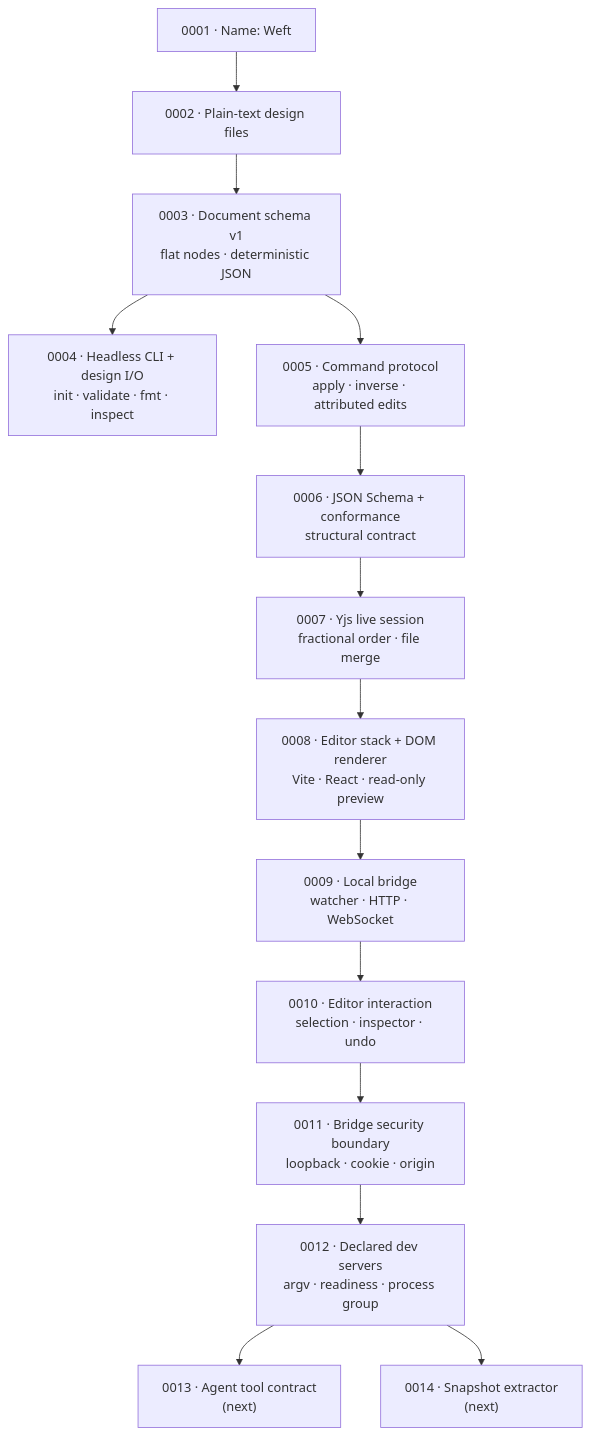
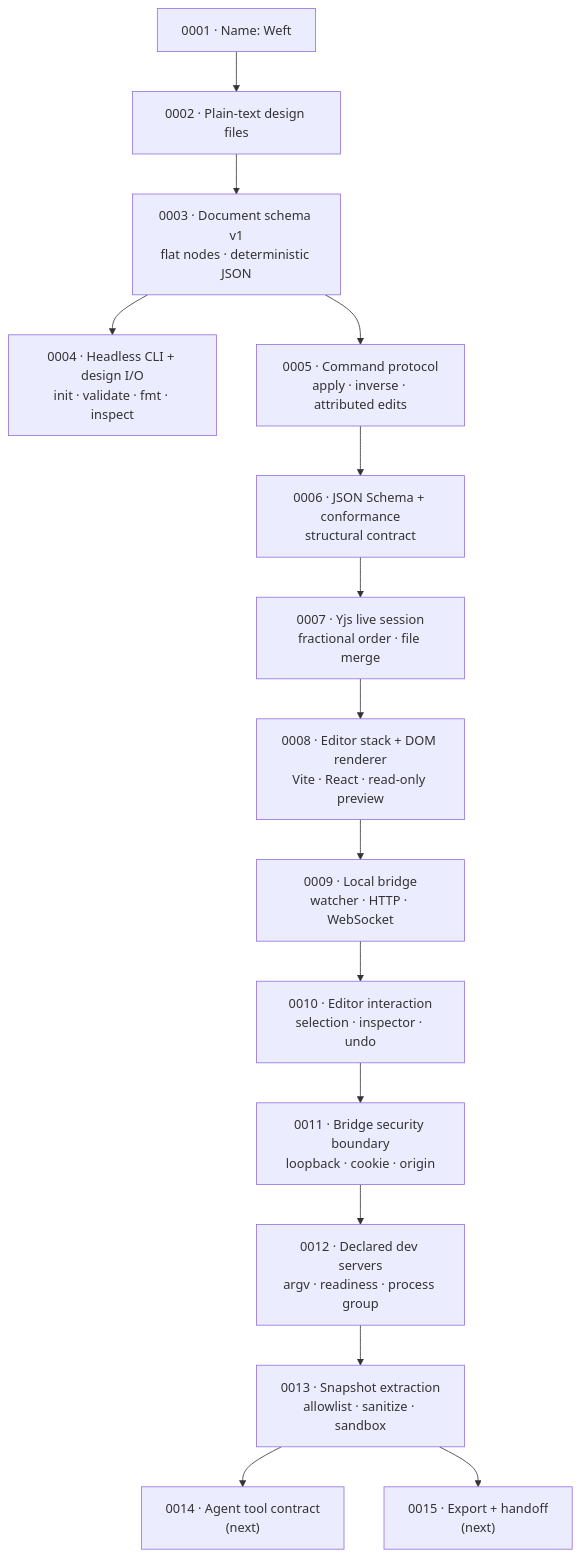
The diagram in docs/decisions/README.md (Pranesh-Selvaraj/Weft), drawn with Mermaid before and after one commit. The commit also changed other lines of this file and 47 other files, not shown here.

````diff
--- a/docs/decisions/README.md
+++ b/docs/decisions/README.md
@@ -35,16 +36,17 @@
 ```mermaid
 graph TD
     A["0001 · Name: Weft"] --> B["0002 · Plain-text design files"]
     B --> C["0003 · Document schema v1<br/>flat nodes · deterministic JSON"]
     C --> D["0004 · Headless CLI + design I/O<br/>init · validate · fmt · inspect"]
     C --> E["0005 · Command protocol<br/>apply · inverse · attributed edits"]
     E --> F["0006 · JSON Schema + conformance<br/>structural contract"]
     F --> G["0007 · Yjs live session<br/>fractional order · file merge"]
     G --> H["0008 · Editor stack + DOM renderer<br/>Vite · React · read-only preview"]
     H --> I["0009 · Local bridge<br/>watcher · HTTP · WebSocket"]
     I --> J["0010 · Editor interaction<br/>selection · inspector · undo"]
     J --> K["0011 · Bridge security boundary<br/>loopback · cookie · origin"]
     K --> L["0012 · Declared dev servers<br/>argv · readiness · process group"]
-    L --> M["0013 · Agent tool contract<br/>(next)"]
-    L --> N["0014 · Snapshot extractor<br/>(next)"]
+    L --> M["0013 · Snapshot extraction<br/>allowlist · sanitize · sandbox"]
+    M --> N["0014 · Agent tool contract<br/>(next)"]
+    M --> O["0015 · Export + handoff<br/>(next)"]
 ```
````
